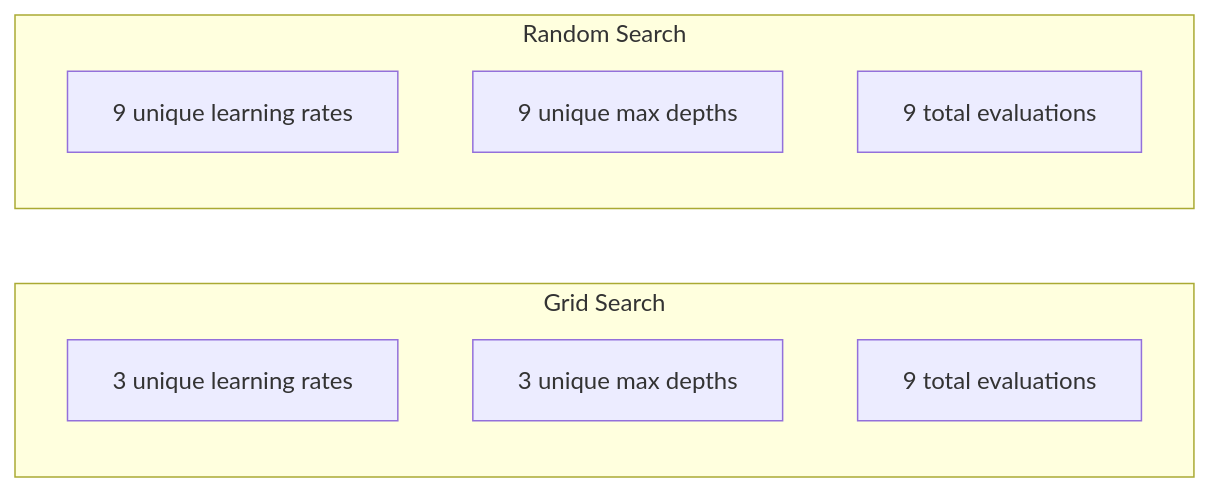
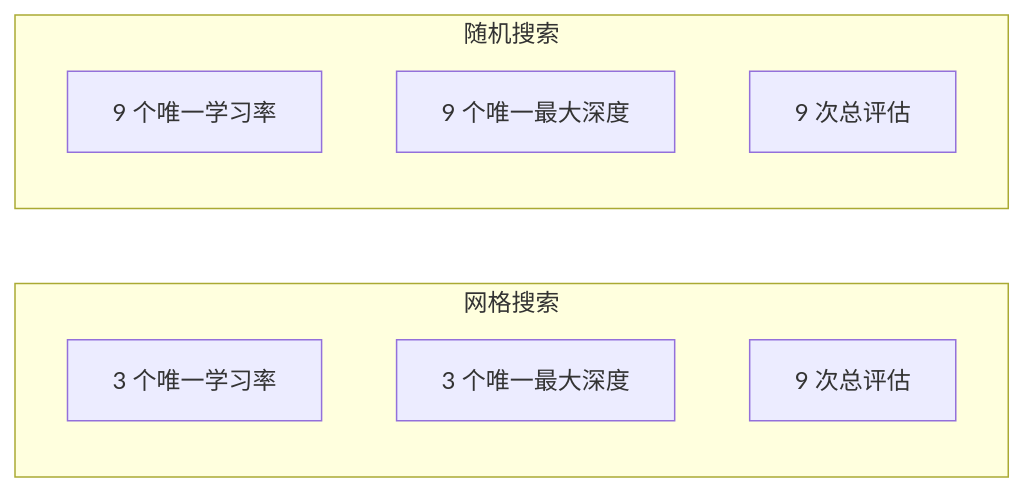
One commit to guangningsun/ailearning changed the first of 4 diagrams in lessons/02-ml-fundamentals/12-hyperparameter-tuning/docs/zh.md. Above: the diagram before and after it, drawn with Mermaid. The commit also changed other lines of this file and 53 other files, not shown here.

````diff
--- a/lessons/02-ml-fundamentals/12-hyperparameter-tuning/docs/zh.md
+++ b/lessons/02-ml-fundamentals/12-hyperparameter-tuning/docs/zh.md
@@ -61,14 +61,14 @@
 ```mermaid
 flowchart LR
-    subgraph Grid Search
-        G1[3 unique learning rates]
-        G2[3 unique max depths]
-        G3[9 total evaluations]
+    subgraph 网格搜索
+        G1[3 个唯一学习率]
+        G2[3 个唯一最大深度]
+        G3[9 次总评估]
     end
 
-    subgraph Random Search
-        R1[9 unique learning rates]
-        R2[9 unique max depths]
-        R3[9 total evaluations]
+    subgraph 随机搜索
+        R1[9 个唯一学习率]
+        R2[9 个唯一最大深度]
+        R3[9 次总评估]
     end
 ```
````
